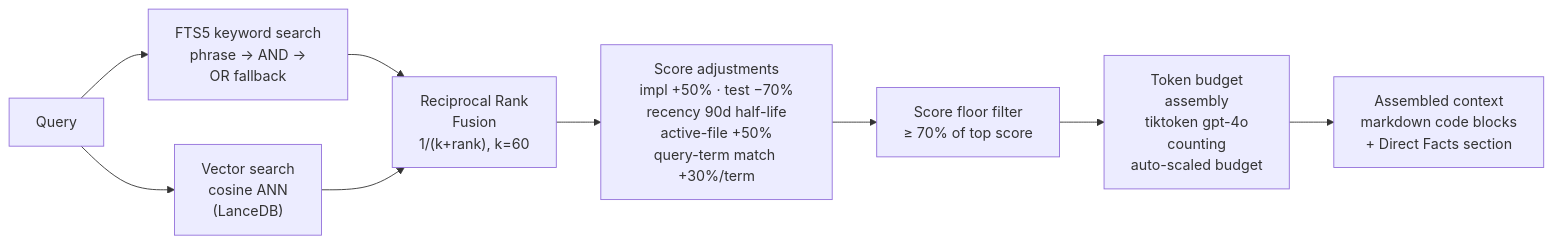
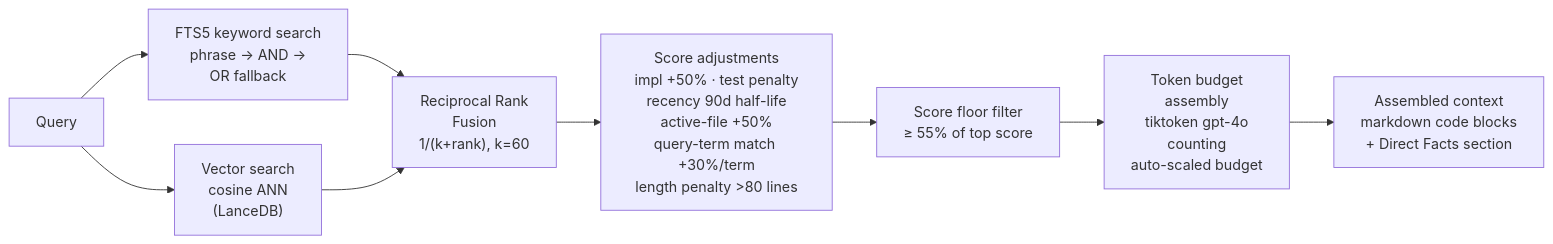
The fourth of 5 diagrams in README.md (proofofwork-agency/reporecall), drawn with Mermaid before and after one commit. The commit also changed other lines of this file and 8 other files, not shown here.

````diff
--- a/README.md
+++ b/README.md
@@ -390,14 +405,14 @@
 ```mermaid
 flowchart LR
     Q2["Query"]
     FTS5S["FTS5 keyword search<br/>phrase → AND →<br/>OR fallback"]
     VEC["Vector search<br/>cosine ANN<br/>(LanceDB)"]
     RRF["Reciprocal Rank<br/>Fusion<br/>1/(k+rank), k=60"]
-    Adj["Score adjustments<br/>impl +50% · test −70%<br/>recency 90d half-life<br/>active-file +50%<br/>query-term match +30%/term"]
-    Floor["Score floor filter<br/>≥ 70% of top score"]
+    Adj["Score adjustments<br/>impl +50% · test penalty<br/>recency 90d half-life<br/>active-file +50%<br/>query-term match +30%/term<br/>length penalty >80 lines"]
+    Floor["Score floor filter<br/>≥ 55% of top score"]
     Budget["Token budget<br/>assembly<br/>tiktoken gpt-4o<br/>counting<br/>auto-scaled budget"]
     Ctx["Assembled context<br/>markdown code blocks<br/>+ Direct Facts section"]
 
     Q2 --> FTS5S & VEC
     FTS5S & VEC --> RRF --> Adj --> Floor --> Budget --> Ctx
 ```
````
